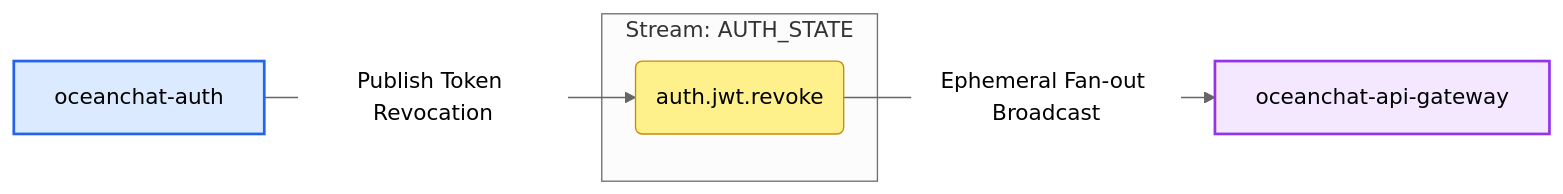
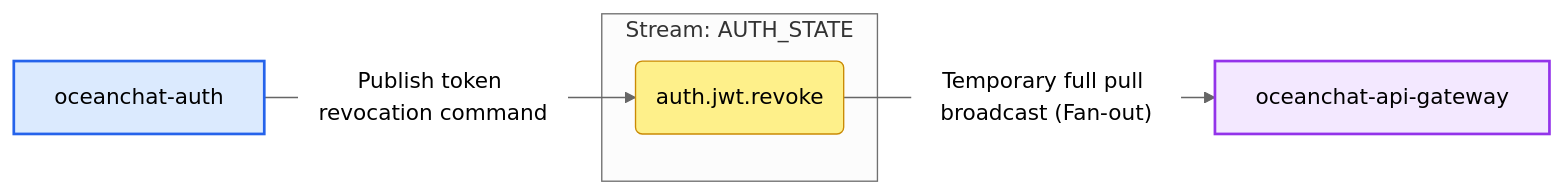
Before and after one commit to JamesWilson19970101/ocean.chat.docs: the fourth of 13 diagrams in docs/devdocs/jetstream-strategy.md, drawn with Mermaid (neutral theme). The commit also changed other lines of this file and 1 other file, not shown here.

````diff
--- a/docs/devdocs/jetstream-strategy.md
+++ b/docs/devdocs/jetstream-strategy.md
@@ -181,16 +193,16 @@
 ```mermaid
 flowchart LR
   classDef gateway fill:#f3e8ff,stroke:#9333ea,stroke-width:2px,color:#000;
   classDef service fill:#dbeafe,stroke:#2563eb,stroke-width:2px,color:#000;
   classDef subject fill:#fef08a,stroke:#ca8a04,stroke-width:1px,color:#000;
 
   P[oceanchat-auth]:::service
   C[oceanchat-api-gateway]:::gateway
 
   subgraph Stream: AUTH_STATE
     SUB(auth.jwt.revoke):::subject
   end
 
-  P -- Publish Token Revocation --> SUB
-  SUB -- Ephemeral Fan-out Broadcast --> C
+  P -- Publish token revocation command --> SUB
+  SUB -- Temporary full pull broadcast (Fan-out) --> C
 ```
````
